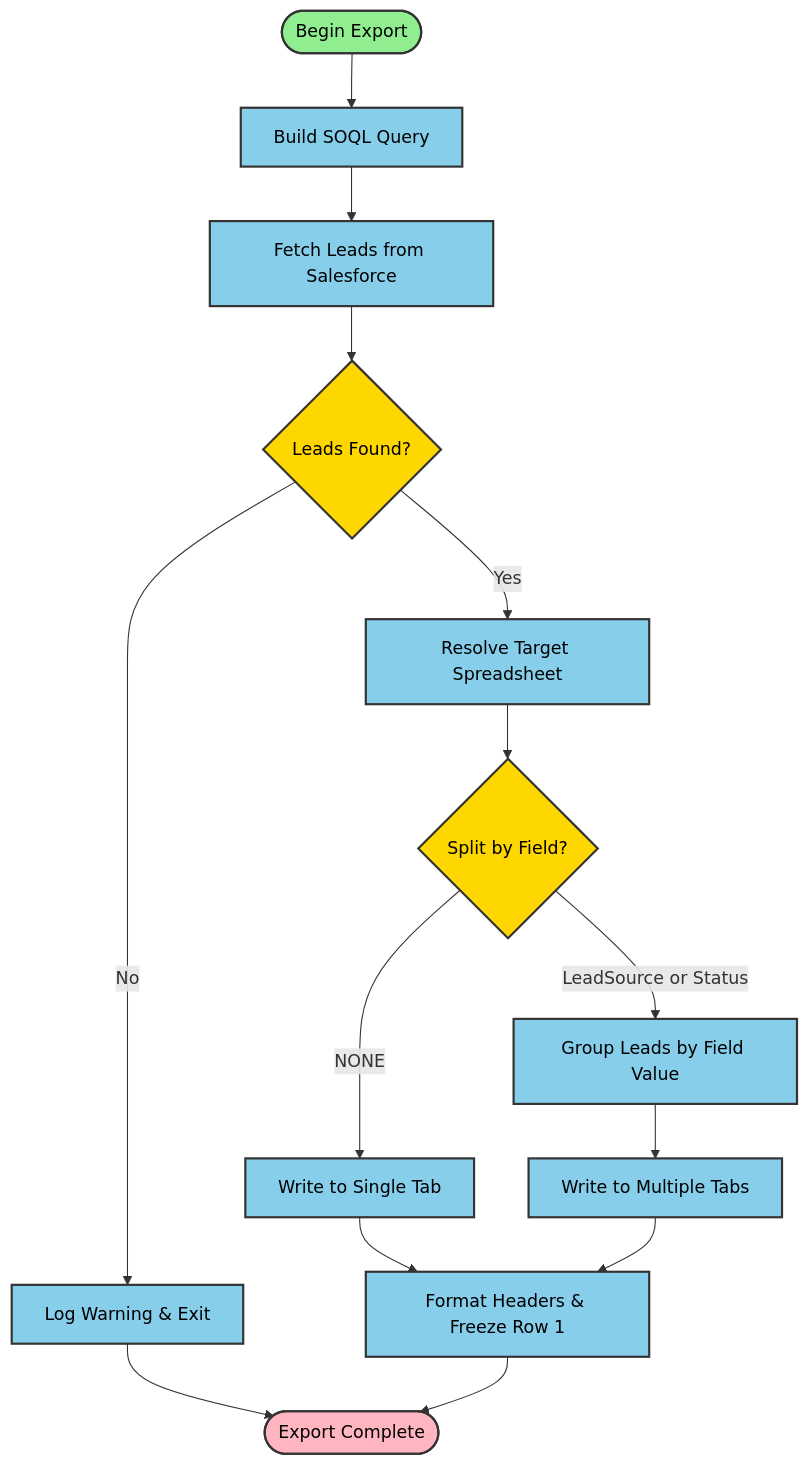
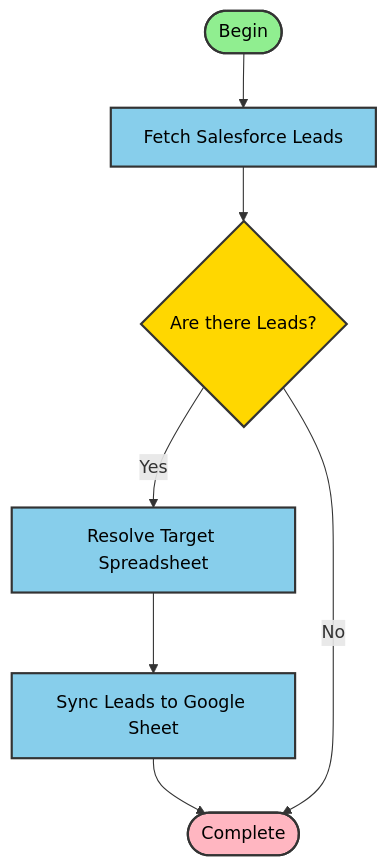
The diagram in .choreo/diagram.md (minuraashen/salesforce_leads_to_googlesheet), drawn with Mermaid before and after one commit. The commit also changed other lines of this file, not shown here.

Commit message:
simplify diagram.md

````diff
--- a/.choreo/diagram.md
+++ b/.choreo/diagram.md
@@ -3,34 +1,18 @@
 ```mermaid
 flowchart TD
-    Start([Begin Export]):::startNode
-    BuildQuery[Build SOQL Query]:::processNode
-    FetchLeads[Fetch Leads from Salesforce]:::processNode
-    CheckLeads{Leads Found?}:::decisionNode
-    NoLeads[Log Warning & Exit]:::processNode
-    ResolveSheet[Resolve Target Spreadsheet]:::processNode
-    CheckSplit{Split by Field?}:::decisionNode
-    GroupLeads[Group Leads by Field Value]:::processNode
-    WriteSingle[Write to Single Tab]:::processNode
-    WriteMultiple[Write to Multiple Tabs]:::processNode
-    FormatHeaders[Format Headers & Freeze Row 1]:::processNode
-    Complete([Export Complete]):::endNode
+    A(["Begin"]):::startNode
+    B["Fetch Salesforce Leads"]:::processNode
+    C{"Are there Leads?"}:::decisionNode
+    D["Resolve Target Spreadsheet"]:::processNode
+    E["Sync Leads to Google Sheet"]:::processNode
+    F(["Complete"]):::endNode
 
-    Start --> BuildQuery
-    BuildQuery --> FetchLeads
-    FetchLeads --> CheckLeads
-    CheckLeads -->|No| NoLeads
-    NoLeads --> Complete
-    CheckLeads -->|Yes| ResolveSheet
-    ResolveSheet --> CheckSplit
-    CheckSplit -->|NONE| WriteSingle
-    CheckSplit -->|LeadSource or Status| GroupLeads
-    GroupLeads --> WriteMultiple
-    WriteSingle --> FormatHeaders
-    WriteMultiple --> FormatHeaders
-    FormatHeaders --> Complete
+    A --> B --> C
+    C -- Yes --> D --> E --> F
+    C -- No --> F
 
     classDef startNode fill:#90EE90,stroke:#333,stroke-width:2px,color:#000
-    classDef endNode fill:#FFB6C1,stroke:#333,stroke-width:2px,color:#000
     classDef processNode fill:#87CEEB,stroke:#333,stroke-width:2px,color:#000
     classDef decisionNode fill:#FFD700,stroke:#333,stroke-width:2px,color:#000
+    classDef endNode fill:#FFB6C1,stroke:#333,stroke-width:2px,color:#000
 ```
````
